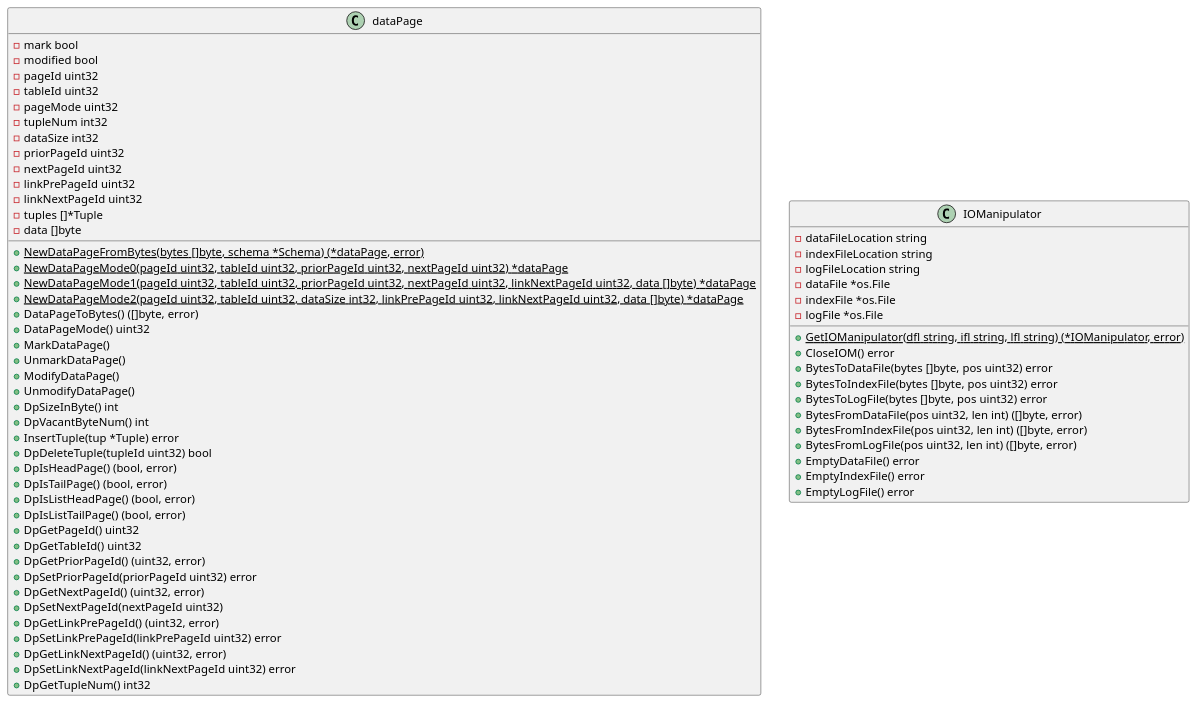
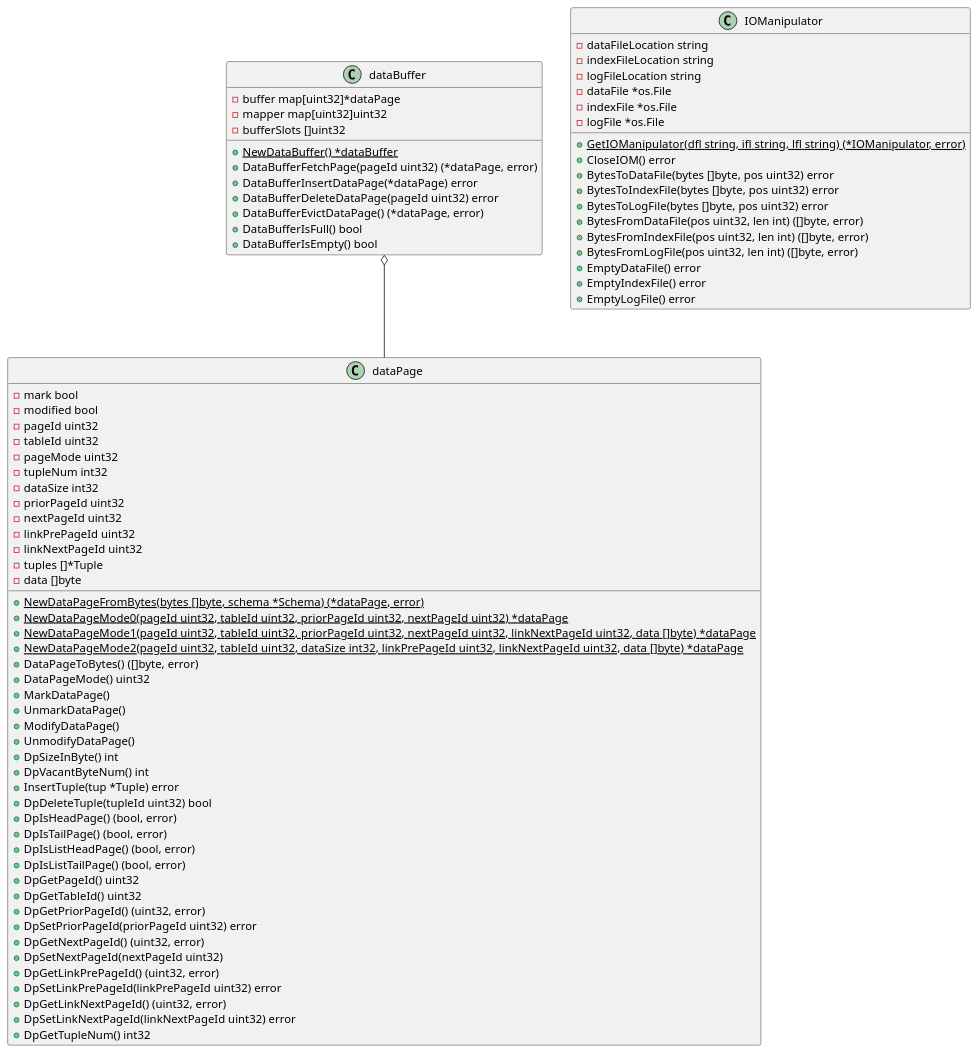
One commit to JorryJoestar/ZetaDB changed the diagram in UML/storage.wsd. Above: the diagram before and after it, drawn with PlantUML. The commit also changed 1 other file, not shown here.

Commit message:
dataBuffer

```diff
--- a/UML/storage.wsd
+++ b/UML/storage.wsd
@@ -1,71 +1,85 @@
 @startuml
 
 class dataPage {
     -mark bool
     -modified bool
     -pageId uint32
     -tableId uint32
     -pageMode uint32
     -tupleNum int32
     -dataSize int32
     -priorPageId uint32
     -nextPageId uint32
     -linkPrePageId uint32
     -linkNextPageId uint32
     -tuples []*Tuple
     -data []byte
 
     +{static} NewDataPageFromBytes(bytes []byte, schema *Schema) (*dataPage, error)
     +{static} NewDataPageMode0(pageId uint32, tableId uint32, priorPageId uint32, nextPageId uint32) *dataPage
     +{static} NewDataPageMode1(pageId uint32, tableId uint32, priorPageId uint32, nextPageId uint32, linkNextPageId uint32, data []byte) *dataPage
     +{static} NewDataPageMode2(pageId uint32, tableId uint32, dataSize int32, linkPrePageId uint32, linkNextPageId uint32, data []byte) *dataPage
     +DataPageToBytes() ([]byte, error)
     +DataPageMode() uint32
     +MarkDataPage()
     +UnmarkDataPage()
     +ModifyDataPage()
     +UnmodifyDataPage()
     +DpSizeInByte() int
     +DpVacantByteNum() int
     +InsertTuple(tup *Tuple) error
     +DpDeleteTuple(tupleId uint32) bool
     +DpIsHeadPage() (bool, error)
     +DpIsTailPage() (bool, error)
     +DpIsListHeadPage() (bool, error)
     +DpIsListTailPage() (bool, error)
     +DpGetPageId() uint32
     +DpGetTableId() uint32
     +DpGetPriorPageId() (uint32, error)
     +DpSetPriorPageId(priorPageId uint32) error
     +DpGetNextPageId() (uint32, error)
     +DpSetNextPageId(nextPageId uint32)
     +DpGetLinkPrePageId() (uint32, error)
     +DpSetLinkPrePageId(linkPrePageId uint32) error
     +DpGetLinkNextPageId() (uint32, error)
     +DpSetLinkNextPageId(linkNextPageId uint32) error
     +DpGetTupleNum() int32
 }
 
 class IOManipulator {
     -dataFileLocation string
     -indexFileLocation string
     -logFileLocation string
     -dataFile *os.File
     -indexFile *os.File
     -logFile *os.File
 
     +{static} GetIOManipulator(dfl string, ifl string, lfl string) (*IOManipulator, error)
     +CloseIOM() error
     +BytesToDataFile(bytes []byte, pos uint32) error
     +BytesToIndexFile(bytes []byte, pos uint32) error
     +BytesToLogFile(bytes []byte, pos uint32) error
     +BytesFromDataFile(pos uint32, len int) ([]byte, error)
     +BytesFromIndexFile(pos uint32, len int) ([]byte, error)
     +BytesFromLogFile(pos uint32, len int) ([]byte, error)
     +EmptyDataFile() error
     +EmptyIndexFile() error
     +EmptyLogFile() error
 }
 
+class dataBuffer {
+    -buffer map[uint32]*dataPage
+    -mapper map[uint32]uint32
+    -bufferSlots []uint32
+    +{static} NewDataBuffer() *dataBuffer
+    +DataBufferFetchPage(pageId uint32) (*dataPage, error)
+    +DataBufferInsertDataPage(*dataPage) error
+    +DataBufferDeleteDataPage(pageId uint32) error
+    +DataBufferEvictDataPage() (*dataPage, error)
+    +DataBufferIsFull() bool
+    +DataBufferIsEmpty() bool
+}
+
+dataBuffer o-- dataPage
 
 @enduml
```
